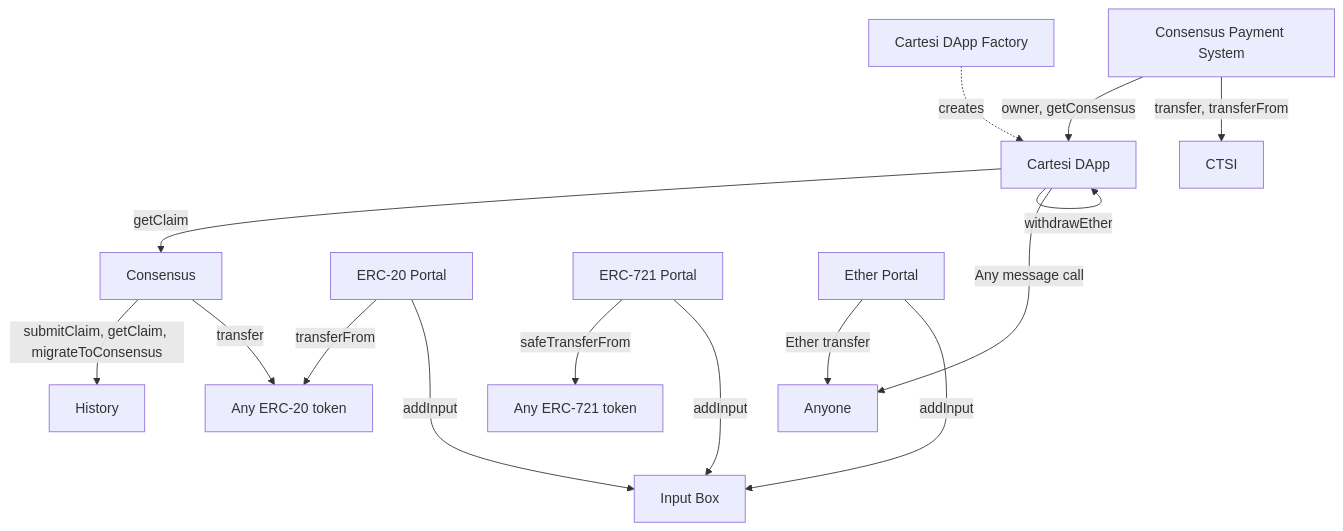
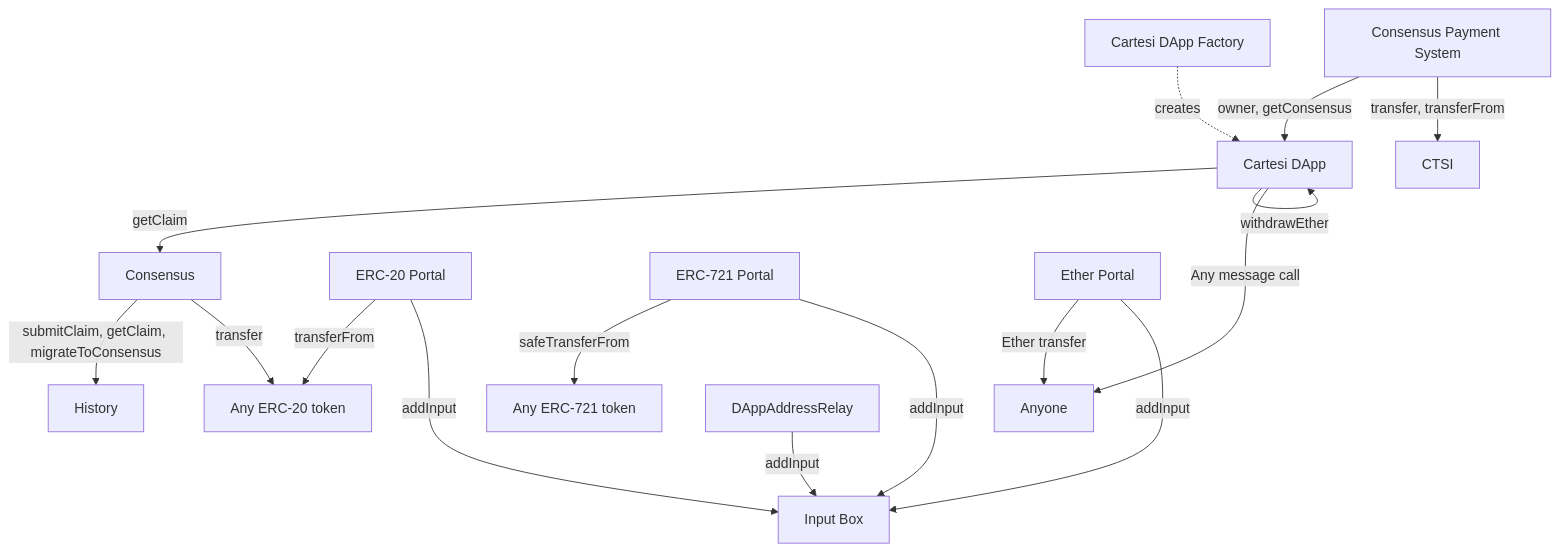
One commit to dapp-dragonxmlp09/rollups-contracts changed the diagram in README.md. Above: the diagram before and after it, drawn with Mermaid. The commit also changed 1 other file, not shown here.

Commit message:
docs(onchain): update README and CHANGELOG with DApp Address Relay

````diff
--- a/README.md
+++ b/README.md
@@ -28,21 +28,22 @@
 ```mermaid
 graph TD
     InputBox[Input Box]
     CartesiDApp[Cartesi DApp] -- getClaim --> Consensus
     CartesiDApp -- "Any message call" ---> Anyone
     CartesiDApp -- withdrawEther --> CartesiDApp
     CartesiDAppFactory[Cartesi DApp Factory] -. creates .-> CartesiDApp
     Consensus -- submitClaim, getClaim, migrateToConsensus --> History
     Consensus -- transfer --> ERC20
     CPS[Consensus Payment System] -- owner, getConsensus --> CartesiDApp
     CPS -- transfer, transferFrom --> CTSI
     ERC20Portal[ERC-20 Portal] -- transferFrom --> ERC20[Any ERC-20 token]
     ERC20Portal -- addInput ---> InputBox
     ERC721Portal[ERC-721 Portal] -- safeTransferFrom --> ERC721[Any ERC-721 token]
     ERC721Portal -- addInput ---> InputBox
     EtherPortal[Ether Portal] -- "Ether transfer" --> Anyone
     EtherPortal -- addInput ---> InputBox
+    DAppAddressRelay -- addInput --> InputBox
     click ERC20 href "https://eips.ethereum.org/EIPS/eip-20"
     click ERC721 href "https://eips.ethereum.org/EIPS/eip-721"
     click CTSI href "https://cartesi.io/en/ctsi-token"
 ```
````
